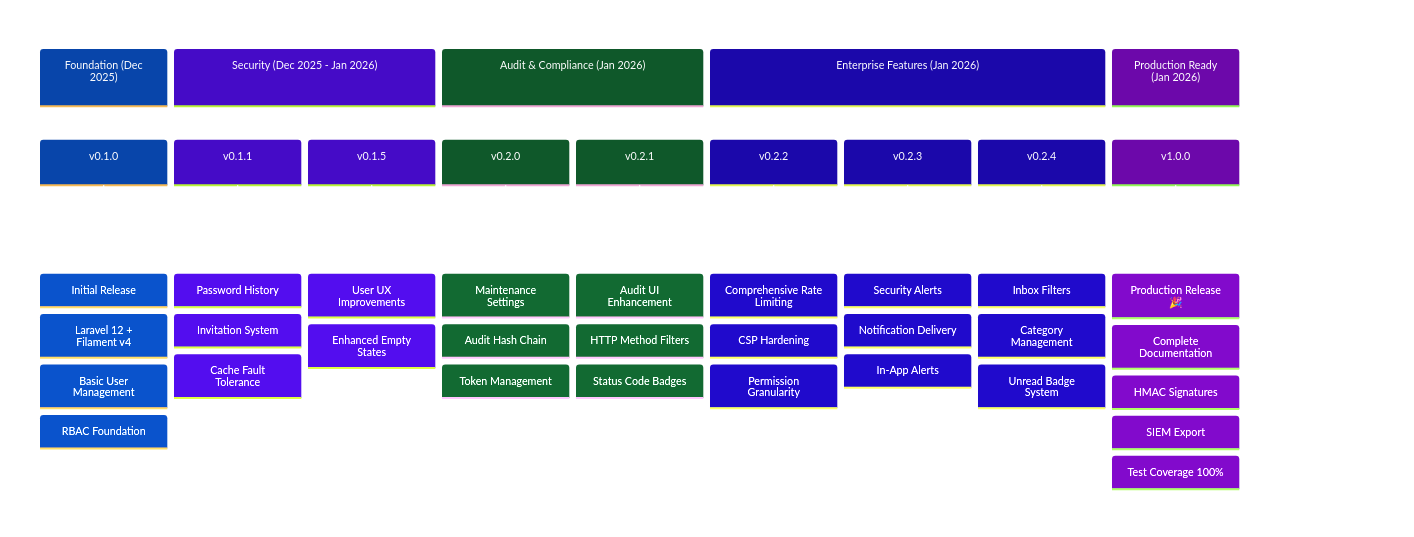
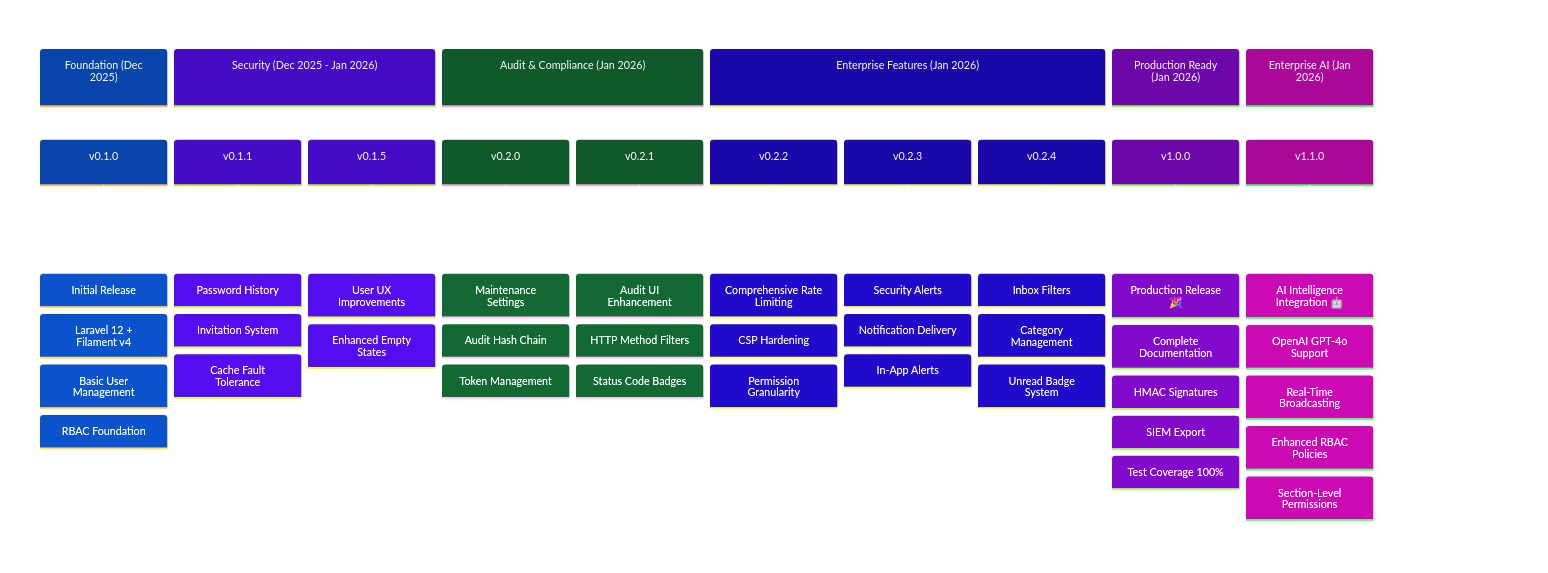
One commit to Halfirzzha/A-Good-Start-to-the-Program changed the eighth of 8 diagrams in README.md. Above: the diagram before and after it, drawn with Mermaid. The commit also changed other lines of this file and 25 other files, not shown here.

````diff
--- a/README.md
+++ b/README.md
@@ -3078,39 +3078,45 @@
 ```mermaid
 %%{init: {'theme':'base', 'themeVariables': { 'primaryColor':'#3b82f6','primaryTextColor':'#fff','primaryBorderColor':'#1e40af','lineColor':'#64748b','secondaryColor':'#8b5cf6','tertiaryColor':'#22c55e'}}}%%
 timeline
     title Creative Trees Development Journey
     section Foundation (Dec 2025)
         v0.1.0 : Initial Release
                : Laravel 12 + Filament v4
                : Basic User Management
                : RBAC Foundation
     section Security (Dec 2025 - Jan 2026)
         v0.1.1 : Password History
                : Invitation System
                : Cache Fault Tolerance
         v0.1.5 : User UX Improvements
                : Enhanced Empty States
     section Audit & Compliance (Jan 2026)
         v0.2.0 : Maintenance Settings
                : Audit Hash Chain
                : Token Management
         v0.2.1 : Audit UI Enhancement
                : HTTP Method Filters
                : Status Code Badges
     section Enterprise Features (Jan 2026)
         v0.2.2 : Comprehensive Rate Limiting
                : CSP Hardening
                : Permission Granularity
         v0.2.3 : Security Alerts
                : Notification Delivery
                : In-App Alerts
         v0.2.4 : Inbox Filters
                : Category Management
                : Unread Badge System
     section Production Ready (Jan 2026)
         v1.0.0 : Production Release 🎉
                : Complete Documentation
                : HMAC Signatures
                : SIEM Export
                : Test Coverage 100%
+    section Enterprise AI (Jan 2026)
+        v1.1.0 : AI Intelligence Integration 🤖
+               : OpenAI GPT-4o Support
+               : Real-Time Broadcasting
+               : Enhanced RBAC Policies
+               : Section-Level Permissions
 ```
````
